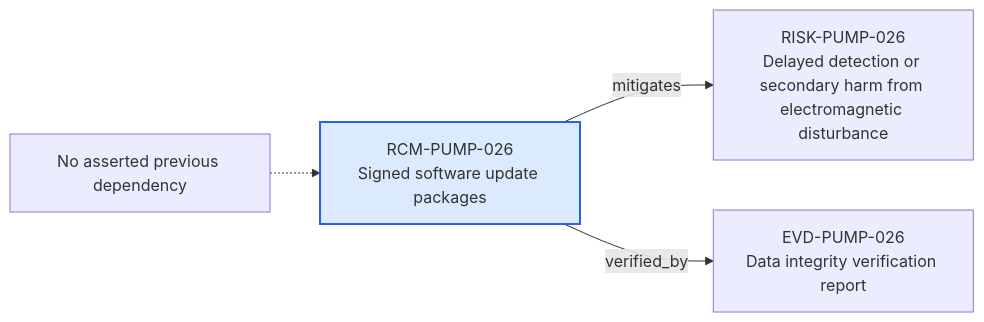
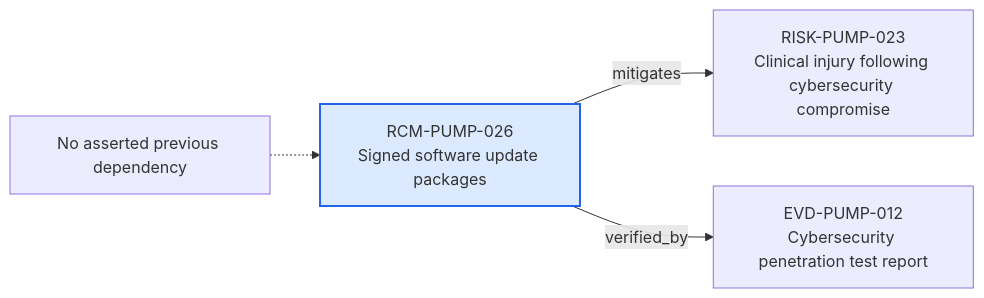
Before and after one commit to mvattulainen/mdrontology: the diagram in content/06-Infpump FlowGuard ontology notes/risk-control-measure/RCM-PUMP-026-signed-software-update-packages.md, drawn with Mermaid. The commit also changed other lines of this file and 321 other files, not shown here.

Commit message:
Implement Mermaid ontology audit findings

````diff
--- a/content/06-Infpump FlowGuard ontology notes/risk-control-measure/RCM-PUMP-026-signed-software-update-packages.md
+++ b/content/06-Infpump FlowGuard ontology notes/risk-control-measure/RCM-PUMP-026-signed-software-update-packages.md
@@ -75,12 +77,12 @@
 ```mermaid
 flowchart LR
   CURRENT["RCM-PUMP-026<br/>Signed software update packages"]
   PREV_NONE["No asserted previous dependency"]
   PREV_NONE -.-> CURRENT
-  NEXT0["RISK-PUMP-026<br/>Delayed detection or secondary harm from electromagnetic disturbance"]
+  NEXT0["RISK-PUMP-023<br/>Clinical injury following cybersecurity compromise"]
   CURRENT -->|"mitigates"| NEXT0
-  NEXT1["EVD-PUMP-026<br/>Data integrity verification report"]
+  NEXT1["EVD-PUMP-012<br/>Cybersecurity penetration test report"]
   CURRENT -->|"verified_by"| NEXT1
   classDef current fill:#dbeafe,stroke:#2563eb,stroke-width:2px
   class CURRENT current
 ```
````
